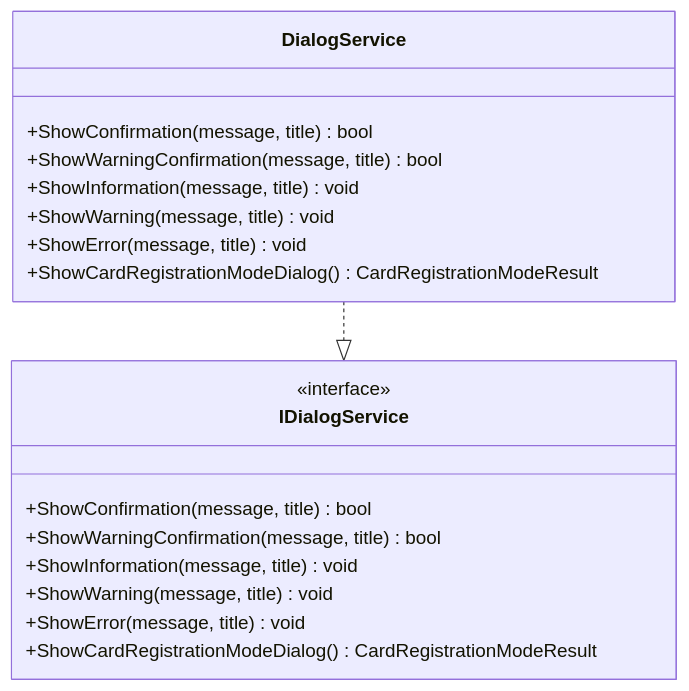
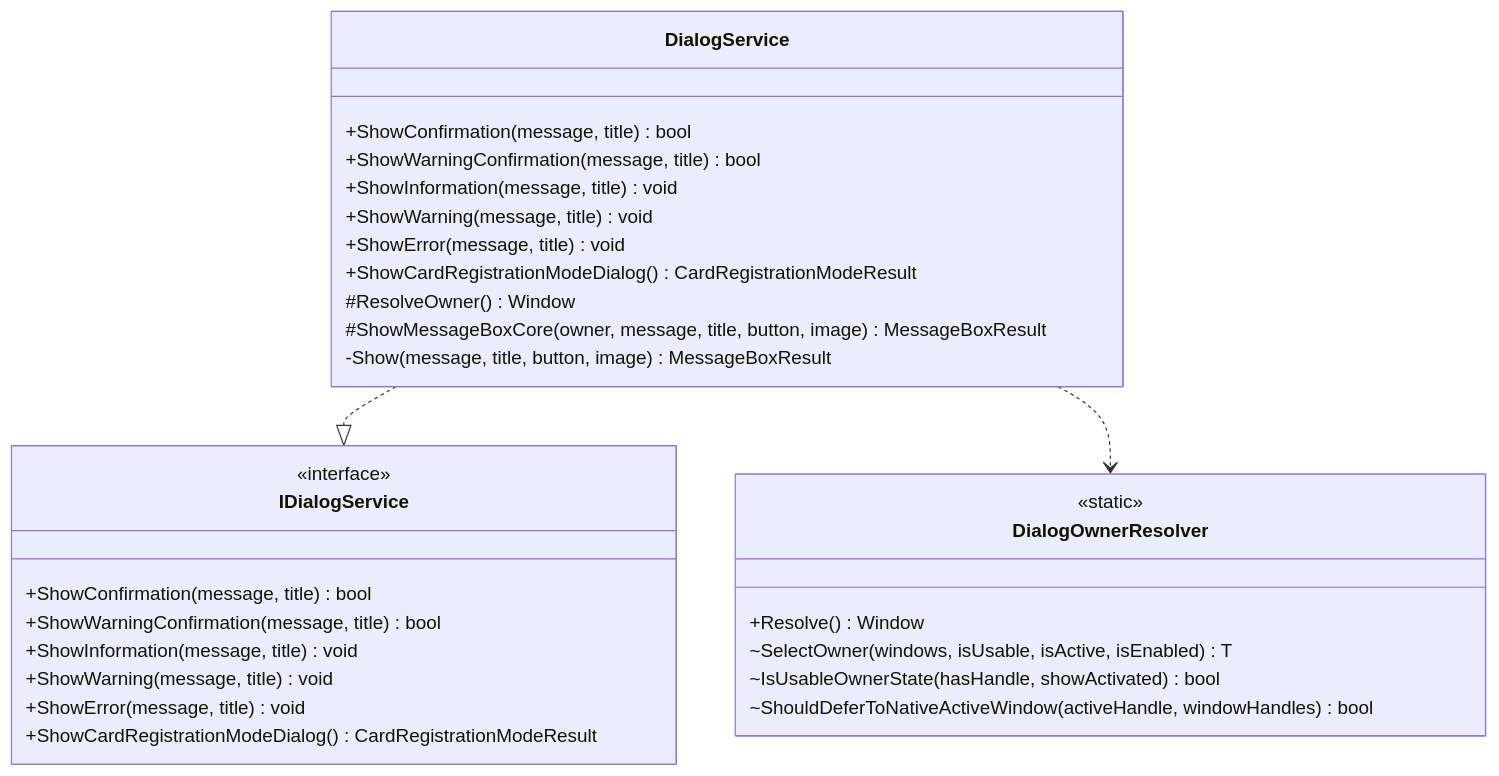
One commit to kuwayamamasayuki/ICCardManager changed diagram 28 of 51 in ICCardManager/docs/design/05_クラス設計書.md. Above: the diagram before and after it, drawn with Mermaid. The commit also changed other lines of this file and 9 other files, not shown here.

Commit message:
fix: MessageBox にオーナーを渡し、ダイアログ背後のボタンを押せなくする (#1794) (#1838)

````diff
--- a/ICCardManager/docs/design/05_クラス設計書.md
+++ b/ICCardManager/docs/design/05_クラス設計書.md
@@ -1647,23 +1647,35 @@
 ```mermaid
 classDiagram
     class IDialogService {
         <<interface>>
         +ShowConfirmation(message, title) bool
         +ShowWarningConfirmation(message, title) bool
         +ShowInformation(message, title) void
         +ShowWarning(message, title) void
         +ShowError(message, title) void
         +ShowCardRegistrationModeDialog() CardRegistrationModeResult
     }
 
     class DialogService {
         +ShowConfirmation(message, title) bool
         +ShowWarningConfirmation(message, title) bool
         +ShowInformation(message, title) void
         +ShowWarning(message, title) void
         +ShowError(message, title) void
         +ShowCardRegistrationModeDialog() CardRegistrationModeResult
+        #ResolveOwner() Window
+        #ShowMessageBoxCore(owner, message, title, button, image) MessageBoxResult
+        -Show(message, title, button, image) MessageBoxResult
+    }
+
+    class DialogOwnerResolver {
+        <<static>>
+        +Resolve() Window
+        ~SelectOwner(windows, isUsable, isActive, isEnabled) T
+        ~IsUsableOwnerState(hasHandle, showActivated) bool
+        ~ShouldDeferToNativeActiveWindow(activeHandle, windowHandles) bool
     }
 
     DialogService ..|> IDialogService
+    DialogService ..> DialogOwnerResolver
 ```
````
